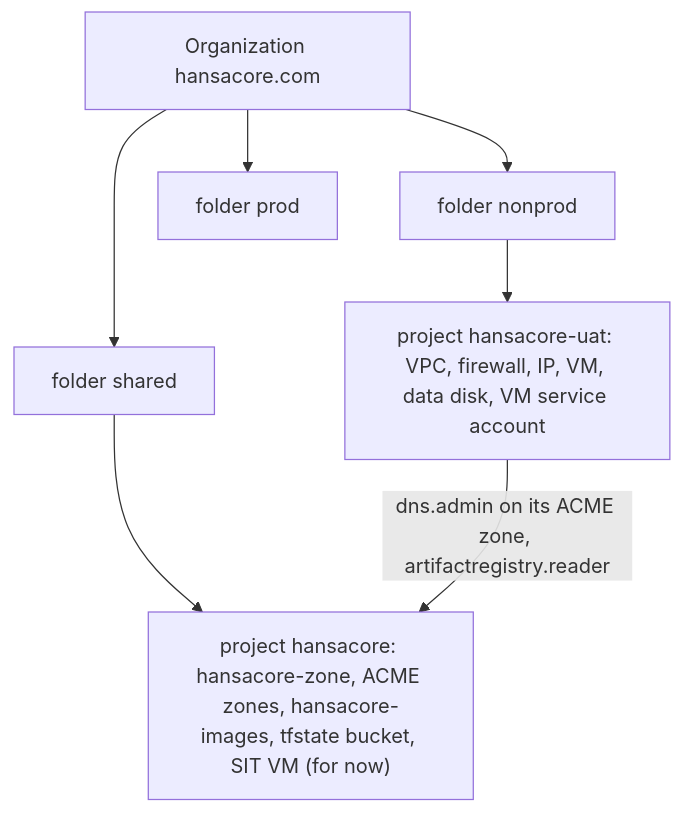
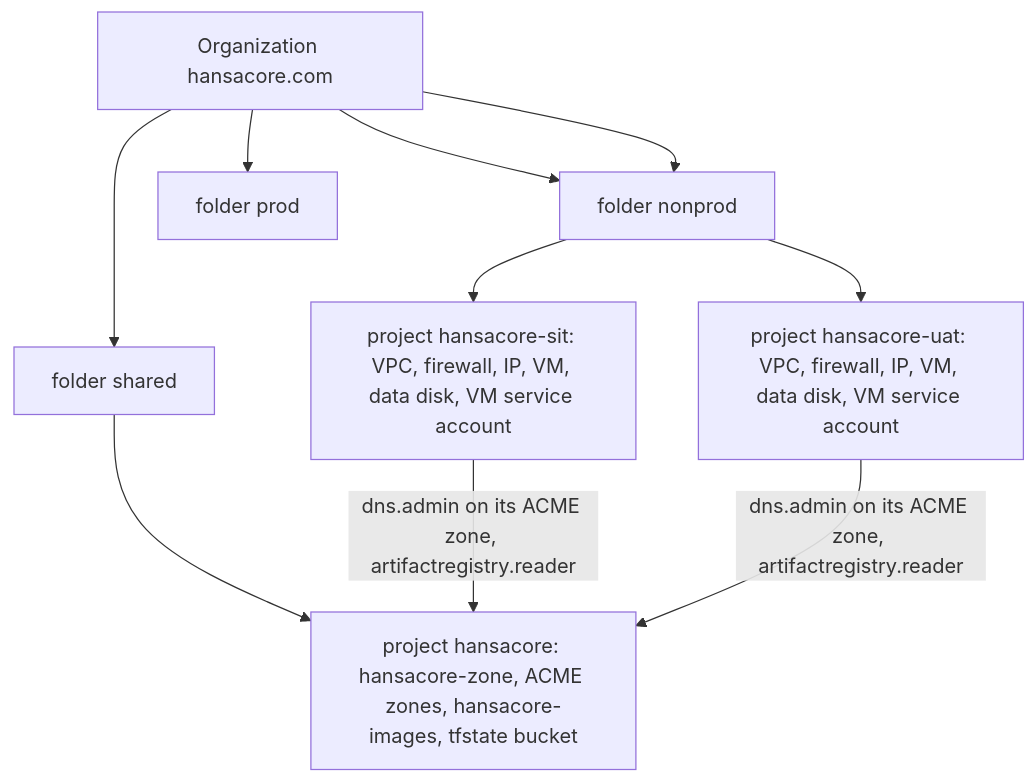
The diagram in README.md (Danielmethner/hansacore-deployment), drawn with Mermaid before and after one commit. The commit also changed other lines of this file and 21 other files, not shown here.

Commit message:
feat(sit): provision dedicated hansacore-sit project via terraform and migrate overlay to overlays/sit

````diff
--- a/README.md
+++ b/README.md
@@ -575,13 +573,16 @@
 ```mermaid
 flowchart TD
     org["Organization hansacore.com"]
     shared["folder shared"]
     nonprod["folder nonprod"]
     prod["folder prod"]
-    hub["project hansacore: hansacore-zone, ACME zones, hansacore-images, tfstate bucket, SIT VM (for now)"]
+    hub["project hansacore: hansacore-zone, ACME zones, hansacore-images, tfstate bucket"]
+    sit["project hansacore-sit: VPC, firewall, IP, VM, data disk, VM service account"]
     uat["project hansacore-uat: VPC, firewall, IP, VM, data disk, VM service account"]
     org --> shared --> hub
+    org --> nonprod --> sit
     org --> nonprod --> uat
     org --> prod
+    sit -->|"dns.admin on its ACME zone, artifactregistry.reader"| hub
     uat -->|"dns.admin on its ACME zone, artifactregistry.reader"| hub
 ```
````
